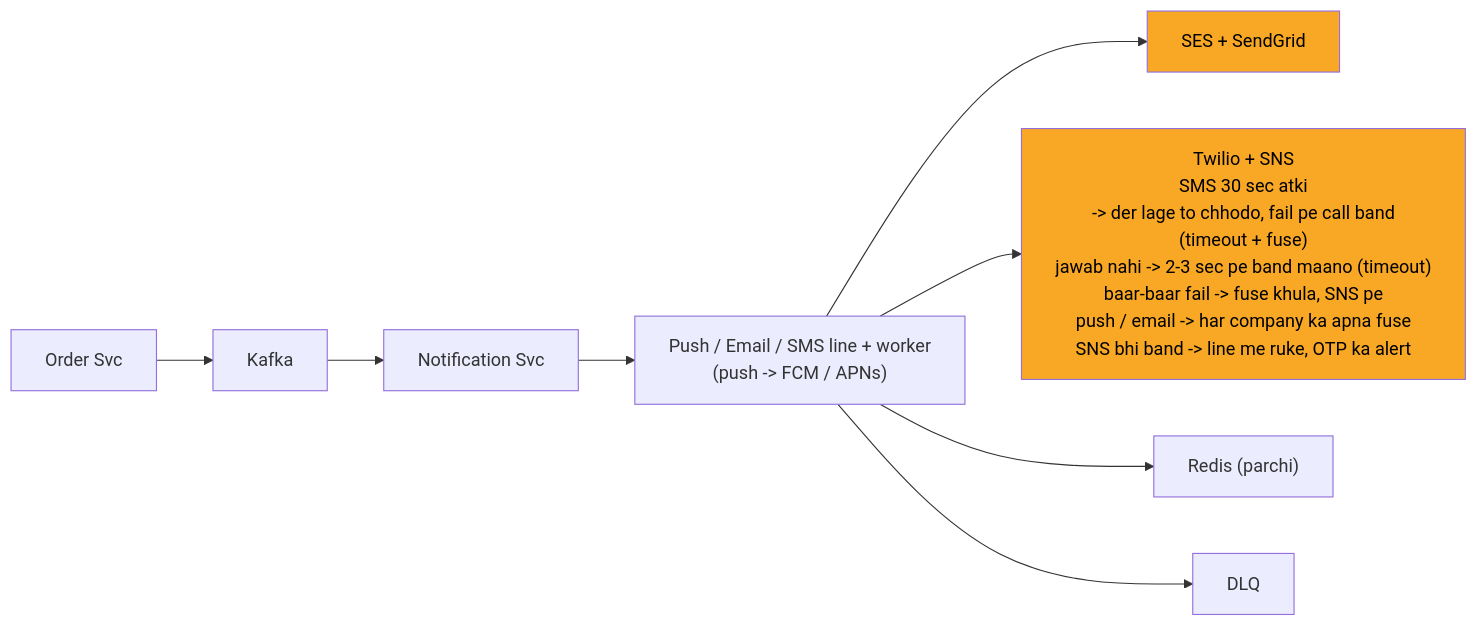
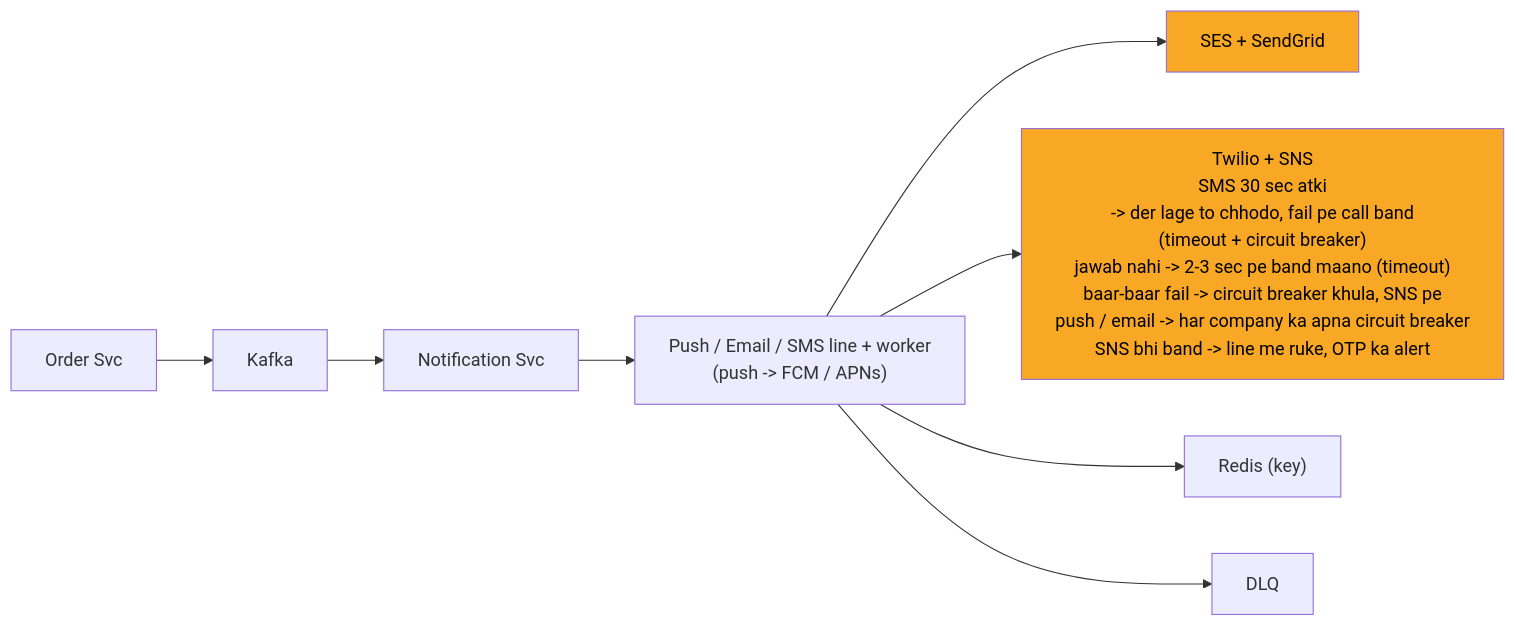
One commit to ArpanMaheshwari144/Prep changed the seventh of 13 diagrams in 04_HLD/SYSTEM_DESIGNS/04_notification_system/04_notification_system.md. Above: the diagram before and after it, drawn with Mermaid. The commit also changed other lines of this file and 12 other files, not shown here.

Commit message:
hld 14 file: upma hatayi (thaila/parchi/taar/diary/ghadi/baalti/fuse/register) -> seedha technical shabd

````diff
--- a/04_HLD/SYSTEM_DESIGNS/04_notification_system/04_notification_system.md
+++ b/04_HLD/SYSTEM_DESIGNS/04_notification_system/04_notification_system.md
@@ -290,21 +290,21 @@
 ```mermaid
 %%{init: {"flowchart": {"wrappingWidth": 450}}}%%
 flowchart LR
     n_Order_Svc["Order Svc"]
     n_Kafka["Kafka"]
     n_Notification_Svc["Notification Svc"]
     n_LINES["Push / Email / SMS line + worker<br/>(push -> FCM / APNs)"]
     n_SES["SES + SendGrid"]
-    n_Twilio["Twilio + SNS<br/>SMS 30 sec atki<br/>-> der lage to chhodo, fail pe call band<br/>(timeout + fuse)<br/>jawab nahi -> 2-3 sec pe band maano (timeout)<br/>baar-baar fail -> fuse khula, SNS pe<br/>push / email -> har company ka apna fuse<br/>SNS bhi band -> line me ruke, OTP ka alert"]
-    n_Redis["Redis (parchi)"]
+    n_Twilio["Twilio + SNS<br/>SMS 30 sec atki<br/>-> der lage to chhodo, fail pe call band<br/>(timeout + circuit breaker)<br/>jawab nahi -> 2-3 sec pe band maano (timeout)<br/>baar-baar fail -> circuit breaker khula, SNS pe<br/>push / email -> har company ka apna circuit breaker<br/>SNS bhi band -> line me ruke, OTP ka alert"]
+    n_Redis["Redis (key)"]
     n_DLQ["DLQ"]
     n_Order_Svc --> n_Kafka
     n_Kafka --> n_Notification_Svc
     n_Notification_Svc --> n_LINES
     n_LINES --> n_SES
     n_LINES --> n_Twilio
     n_LINES --> n_Redis
     n_LINES --> n_DLQ
     style n_SES fill:#f9a825,color:#000
     style n_Twilio fill:#f9a825,color:#000
 ```
````
